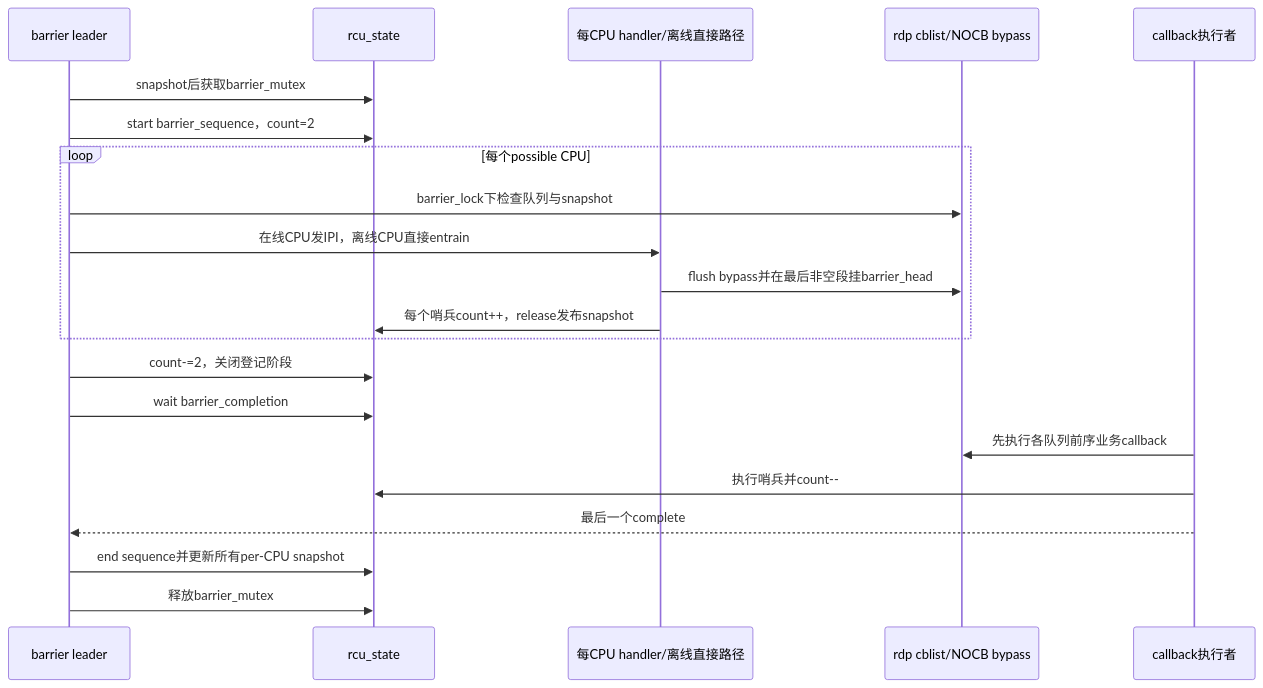
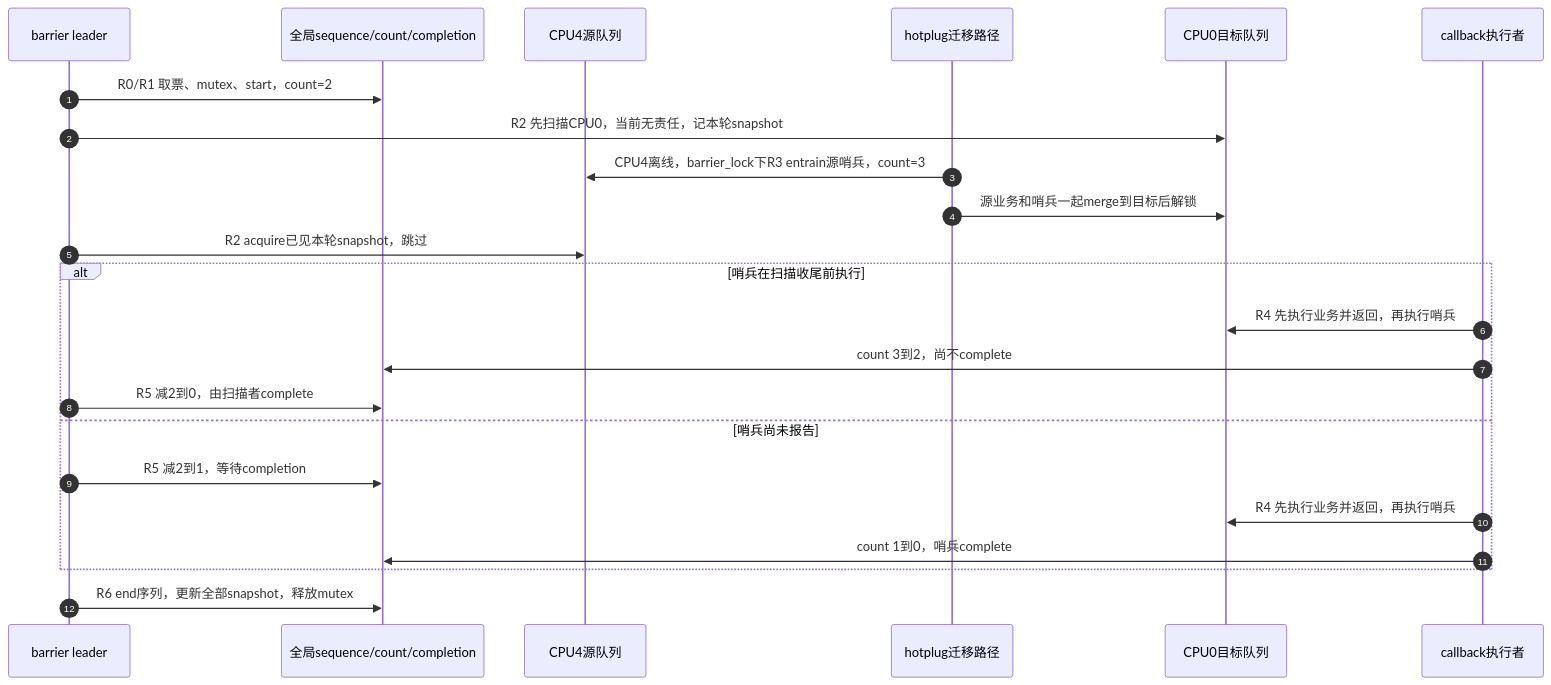
The second of 2 diagrams in research/source_reading/rcu/source_explanations/P10_Linux_6.12_Tree_RCU_同步等待与rcu_barrier源码实现.md (FormingSystem/linux_note), drawn with Mermaid before and after one commit. The commit also changed other lines of this file and 2 other files, not shown here.

First line of the commit message:
content(rcu/source): 补齐barrier在途回调与完成交接证明

````diff
--- a/research/source_reading/rcu/source_explanations/P10_Linux_6.12_Tree_RCU_同步等待与rcu_barrier源码实现.md
+++ b/research/source_reading/rcu/source_explanations/P10_Linux_6.12_Tree_RCU_同步等待与rcu_barrier源码实现.md
@@ -325,24 +418,25 @@
 ```mermaid
 sequenceDiagram
+    autonumber
     participant B as barrier leader
-    participant R as rcu_state
-    participant C as 每CPU handler/离线直接路径
-    participant Q as rdp cblist/NOCB bypass
+    participant R as 全局sequence/count/completion
+    participant S as CPU4源队列
+    participant H as hotplug迁移路径
+    participant D as CPU0目标队列
     participant E as callback执行者
-
-    B->>R: snapshot后获取barrier_mutex
-    B->>R: start barrier_sequence，count=2
-    loop 每个possible CPU
-        B->>Q: barrier_lock下检查队列与snapshot
-        B->>C: 在线CPU发IPI，离线CPU直接entrain
-        C->>Q: flush bypass并在最后非空段挂barrier_head
-        C->>R: 每个哨兵count++，release发布snapshot
+    B->>R: R0/R1 取票、mutex、start，count=2
+    B->>D: R2 先扫描CPU0，当前无责任，记本轮snapshot
+    H->>S: CPU4离线，barrier_lock下R3 entrain源哨兵，count=3
+    H->>D: 源业务和哨兵一起merge到目标后解锁
+    B->>S: R2 acquire已见本轮snapshot，跳过
+    alt 哨兵在扫描收尾前执行
+        E->>D: R4 先执行业务并返回，再执行哨兵
+        E->>R: count 3到2，尚不complete
+        B->>R: R5 减2到0，由扫描者complete
+    else 哨兵尚未报告
+        B->>R: R5 减2到1，等待completion
+        E->>D: R4 先执行业务并返回，再执行哨兵
+        E->>R: count 1到0，哨兵complete
     end
-    B->>R: count-=2，关闭登记阶段
-    B->>R: wait barrier_completion
-    E->>Q: 先执行各队列前序业务callback
-    E->>R: 执行哨兵并count--
-    E-->>B: 最后一个complete
-    B->>R: end sequence并更新所有per-CPU snapshot
-    B->>R: 释放barrier_mutex
+    B->>R: R6 end序列，更新全部snapshot，释放mutex
 ```
````
